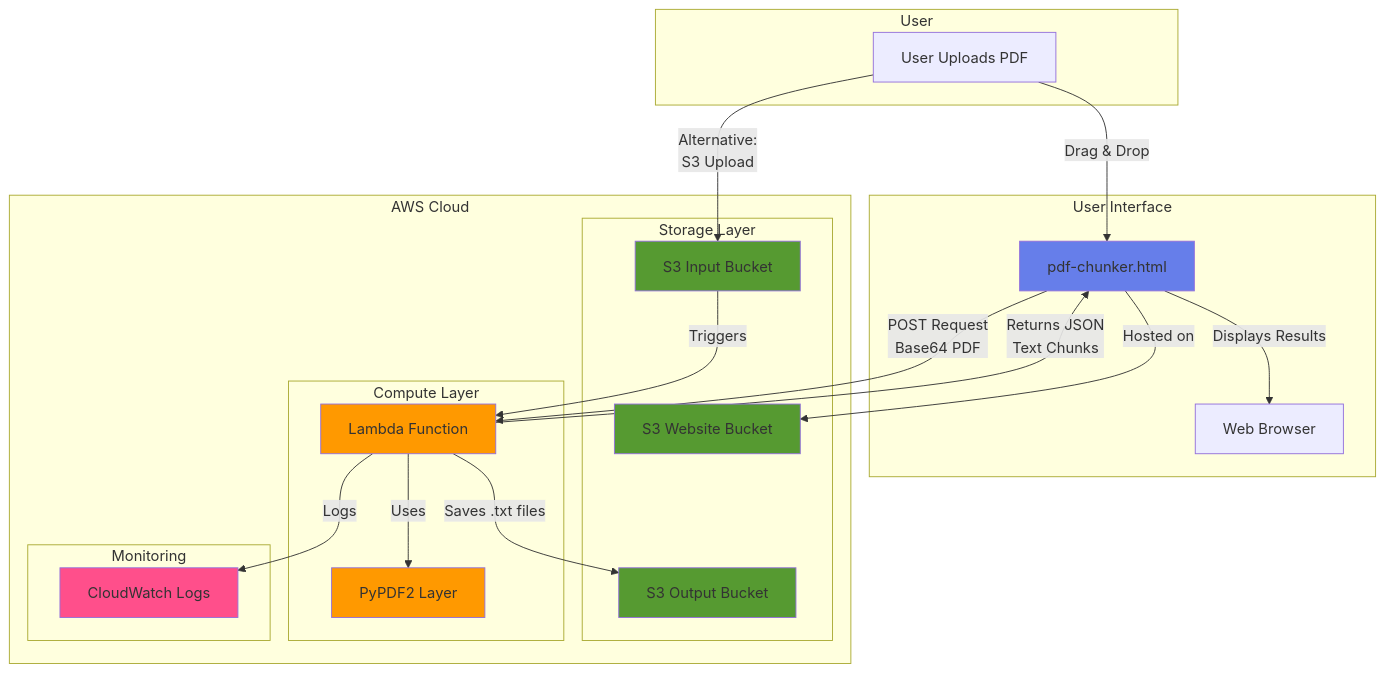
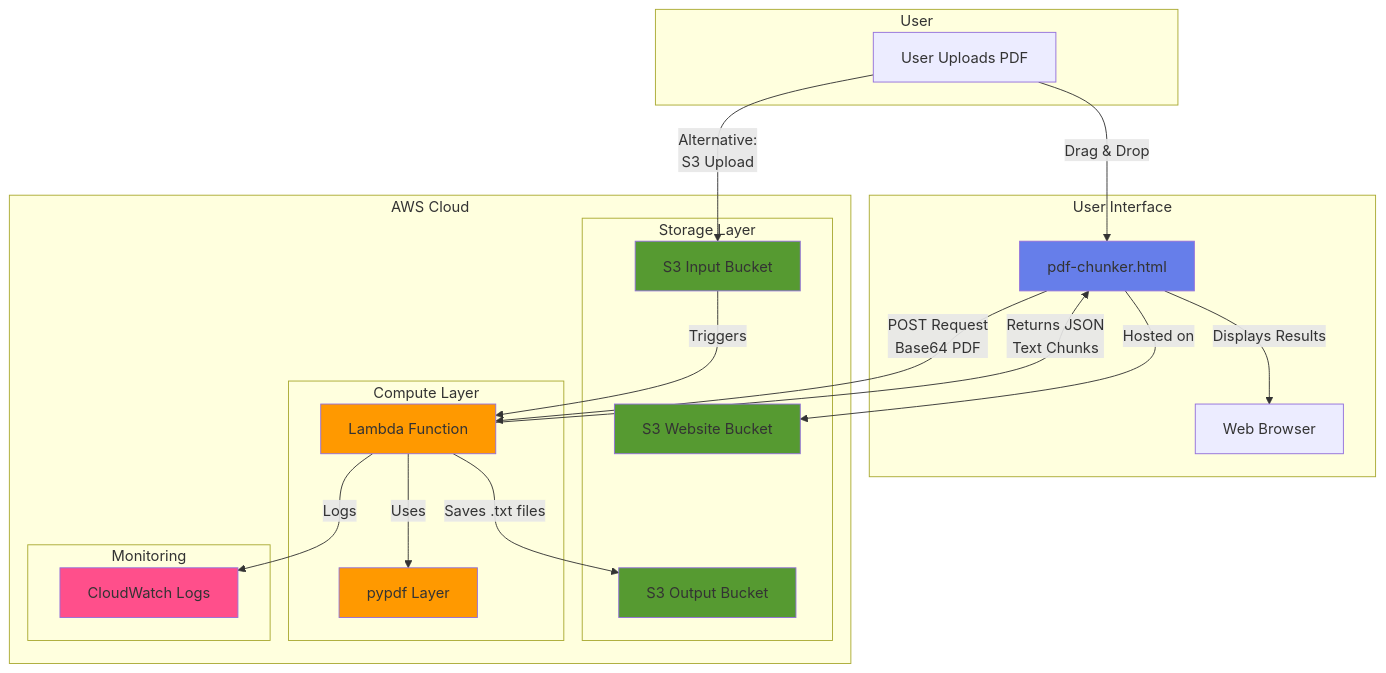
Before and after one commit to dave-schmidt-dev/pdf-chunker: the diagram in Diagrams/architecture-diagram.mermaid, drawn with Mermaid. The commit also changed 3 other files, not shown here.

First line of the commit message:
Docs: Update Mermaid diagrams for pypdf migration

```diff
--- a/Diagrams/architecture-diagram.mermaid
+++ b/Diagrams/architecture-diagram.mermaid
@@ -1,46 +1,46 @@
 graph TB
     subgraph "User Interface"
         A[Web Browser]
         B[pdf-chunker.html]
     end
     
     subgraph "AWS Cloud"
         subgraph "Storage Layer"
             C[S3 Input Bucket]
             D[S3 Output Bucket]
             E[S3 Website Bucket]
         end
         
         subgraph "Compute Layer"
             F[Lambda Function]
-            G[PyPDF2 Layer]
+            G[pypdf Layer]
         end
         
         subgraph "Monitoring"
             H[CloudWatch Logs]
         end
     end
     
     subgraph "User"
         I[User Uploads PDF]
     end
     
     I -->|Drag & Drop| B
     B -->|Hosted on| E
     B -->|POST Request<br/>Base64 PDF| F
     F -->|Uses| G
     F -->|Logs| H
     F -->|Returns JSON<br/>Text Chunks| B
     B -->|Displays Results| A
     
     I -->|Alternative:<br/>S3 Upload| C
     C -->|Triggers| F
     F -->|Saves .txt files| D
     
     style F fill:#ff9900
     style G fill:#ff9900
     style C fill:#569A31
     style D fill:#569A31
     style E fill:#569A31
     style H fill:#FF4F8B
     style B fill:#667eea
```
